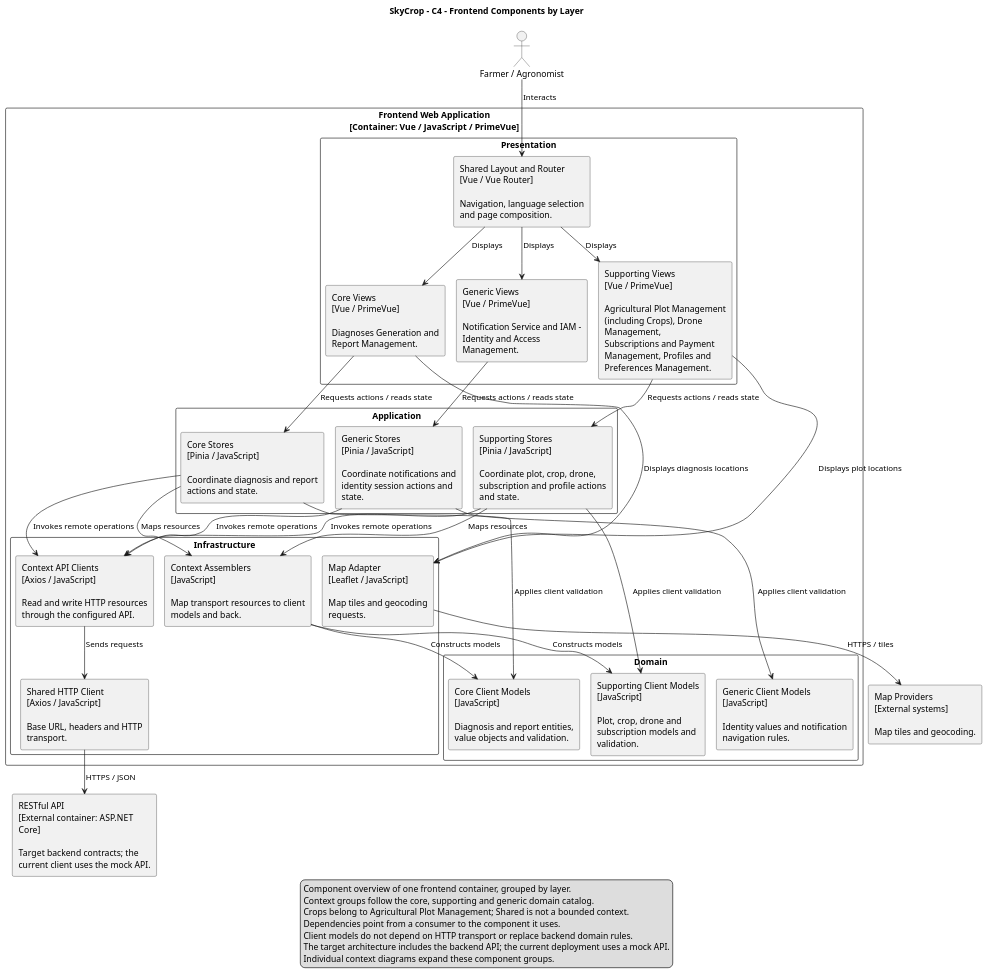
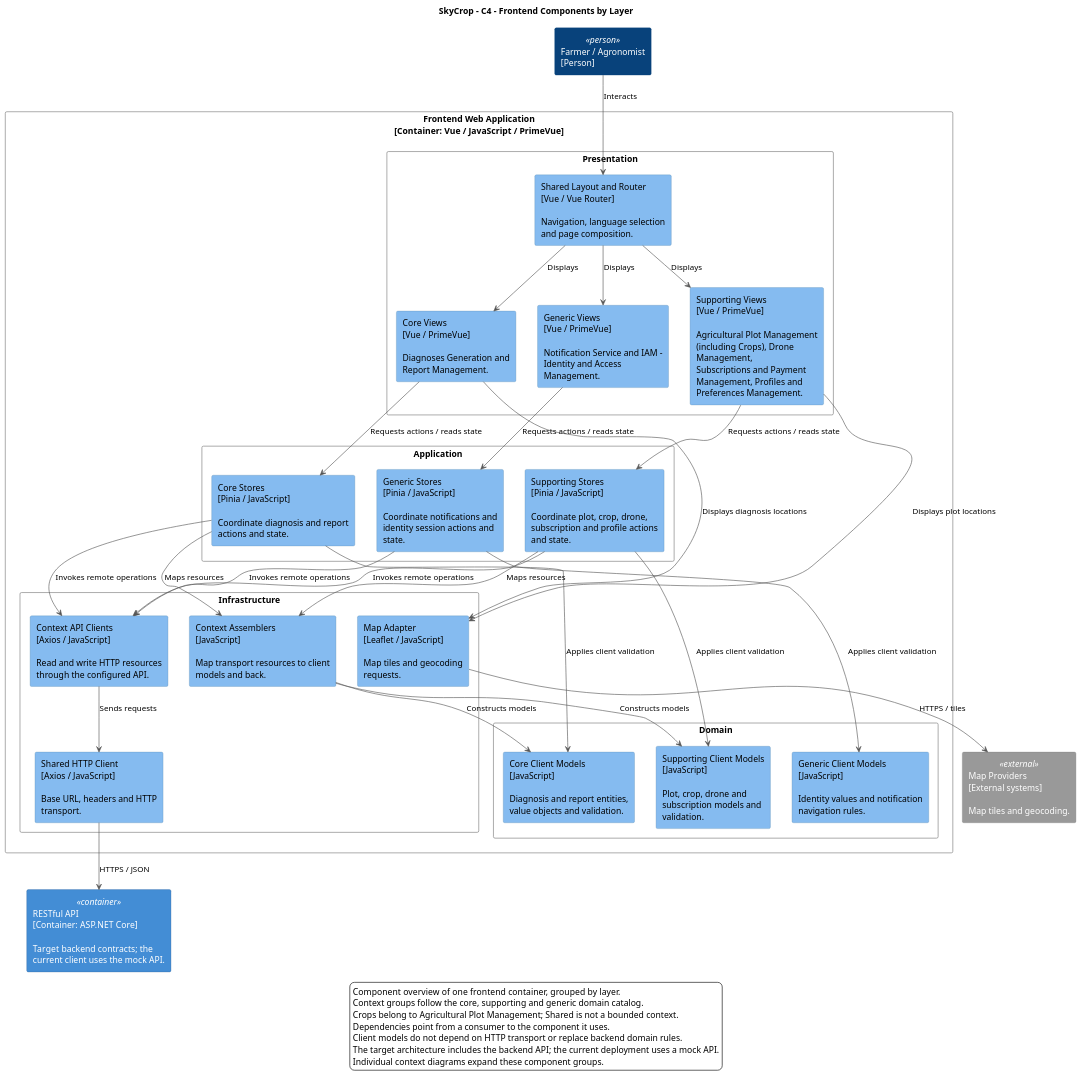
Before and after one commit to upc-pre-202620-1asi0730-8093-greentech/skycrop-report: the diagram in resources/diagrams/component-level/Components-Frontend-updated.puml, drawn with PlantUML. The commit also changed 36 other files, not shown here.

Commit message:
feature: restore c4 palette in section 4.6.4 diagrams

```diff
--- a/resources/diagrams/component-level/Components-Frontend-updated.puml
+++ b/resources/diagrams/component-level/Components-Frontend-updated.puml
@@ -1,78 +1,113 @@
 @startuml
-!pragma layout smetana
-skinparam monochrome true
+' C4 palette: people, systems, containers, components and external systems.
+skinparam monochrome false
+skinparam backgroundColor #ffffff
+skinparam actorStyle rectangle
+skinparam actor {
+  BackgroundColor #08427b
+  BorderColor #08427b
+  FontColor #ffffff
+}
+skinparam component {
+  BackgroundColor #85bbf0
+  BorderColor #5b8bb1
+  FontColor #000000
+  BackgroundColor<<container>> #438dd5
+  BorderColor<<container>> #2e6295
+  FontColor<<container>> #ffffff
+  BackgroundColor<<external>> #999999
+  BorderColor<<external>> #777777
+  FontColor<<external>> #ffffff
+  BackgroundColor<<system>> #1168bd
+  BorderColor<<system>> #0b4884
+  FontColor<<system>> #ffffff
+}
+skinparam database {
+  BackgroundColor #438dd5
+  BorderColor #2e6295
+  FontColor #ffffff
+}
+skinparam rectangle {
+  BackgroundColor<<person>> #08427b
+  BorderColor<<person>> #08427b
+  FontColor<<person>> #ffffff
+  BackgroundColor #ffffff
+  BorderColor #777777
+  FontColor #000000
+}
+skinparam ArrowColor #555555
 skinparam shadowing false
 skinparam dpi 120
 skinparam defaultFontName SansSerif
 skinparam componentStyle rectangle
 skinparam wrapWidth 220
 skinparam nodesep 35
 skinparam ranksep 50
 top to bottom direction
 title SkyCrop - C4 - Frontend Components by Layer
-actor "Farmer / Agronomist" as user
+rectangle "Farmer / Agronomist\n[Person]" as user <<person>>
 rectangle "Frontend Web Application\n[Container: Vue / JavaScript / PrimeVue]" {
 rectangle "Presentation" {
 component "Shared Layout and Router\n[Vue / Vue Router]\n\nNavigation, language selection and page composition." as layout
 component "Core Views\n[Vue / PrimeVue]\n\nDiagnoses Generation and Report Management." as coreViews
 component "Supporting Views\n[Vue / PrimeVue]\n\nAgricultural Plot Management (including Crops), Drone Management,\nSubscriptions and Payment Management, Profiles and Preferences Management." as supportingViews
 component "Generic Views\n[Vue / PrimeVue]\n\nNotification Service and IAM - Identity and Access Management." as genericViews
 }
 rectangle "Application" {
 component "Core Stores\n[Pinia / JavaScript]\n\nCoordinate diagnosis and report actions and state." as coreStores
 component "Supporting Stores\n[Pinia / JavaScript]\n\nCoordinate plot, crop, drone, subscription and profile actions and state." as supportingStores
 component "Generic Stores\n[Pinia / JavaScript]\n\nCoordinate notifications and identity session actions and state." as genericStores
 }
 rectangle "Domain" {
 component "Core Client Models\n[JavaScript]\n\nDiagnosis and report entities, value objects and validation." as coreModels
 component "Supporting Client Models\n[JavaScript]\n\nPlot, crop, drone and subscription models and validation." as supportingModels
 component "Generic Client Models\n[JavaScript]\n\nIdentity values and notification navigation rules." as genericModels
 }
 rectangle "Infrastructure" {
 component "Context API Clients\n[Axios / JavaScript]\n\nRead and write HTTP resources through the configured API." as clients
 component "Context Assemblers\n[JavaScript]\n\nMap transport resources to client models and back." as assemblers
 component "Shared HTTP Client\n[Axios / JavaScript]\n\nBase URL, headers and HTTP transport." as http
 component "Map Adapter\n[Leaflet / JavaScript]\n\nMap tiles and geocoding requests." as mapsAdapter
 }
 }
-component "RESTful API\n[External container: ASP.NET Core]\n\nTarget backend contracts; the current client uses the mock API." as api
-component "Map Providers\n[External systems]\n\nMap tiles and geocoding." as maps
+component "RESTful API\n[Container: ASP.NET Core]\n\nTarget backend contracts; the current client uses the mock API." as api <<container>>
+component "Map Providers\n[External systems]\n\nMap tiles and geocoding." as maps <<external>>
 user --> layout : Interacts
 layout --> coreViews : Displays
 layout --> supportingViews : Displays
 layout --> genericViews : Displays
 coreViews --> coreStores : Requests actions / reads state
 supportingViews --> supportingStores : Requests actions / reads state
 genericViews --> genericStores : Requests actions / reads state
 coreStores --> coreModels : Applies client validation
 supportingStores --> supportingModels : Applies client validation
 genericStores --> genericModels : Applies client validation
 coreStores --> clients : Invokes remote operations
 supportingStores --> clients : Invokes remote operations
 genericStores --> clients : Invokes remote operations
 coreStores --> assemblers : Maps resources
 supportingStores --> assemblers : Maps resources
 assemblers --> coreModels : Constructs models
 assemblers --> supportingModels : Constructs models
 clients --> http : Sends requests
 http --> api : HTTPS / JSON
 supportingViews --> mapsAdapter : Displays plot locations
 coreViews --> mapsAdapter : Displays diagnosis locations
 mapsAdapter --> maps : HTTPS / tiles
 coreViews -[hidden]right-> supportingViews
 supportingViews -[hidden]right-> genericViews
 coreStores -[hidden]right-> supportingStores
 supportingStores -[hidden]right-> genericStores
 coreModels -[hidden]right-> supportingModels
 supportingModels -[hidden]right-> genericModels
 coreModels -[hidden]down-> clients
 legend bottom
 Component overview of one frontend container, grouped by layer.
 Context groups follow the core, supporting and generic domain catalog.
 Crops belong to Agricultural Plot Management; Shared is not a bounded context.
 Dependencies point from a consumer to the component it uses.
 Client models do not depend on HTTP transport or replace backend domain rules.
 The target architecture includes the backend API; the current deployment uses a mock API.
 Individual context diagrams expand these component groups.
 endlegend
 @enduml
```
